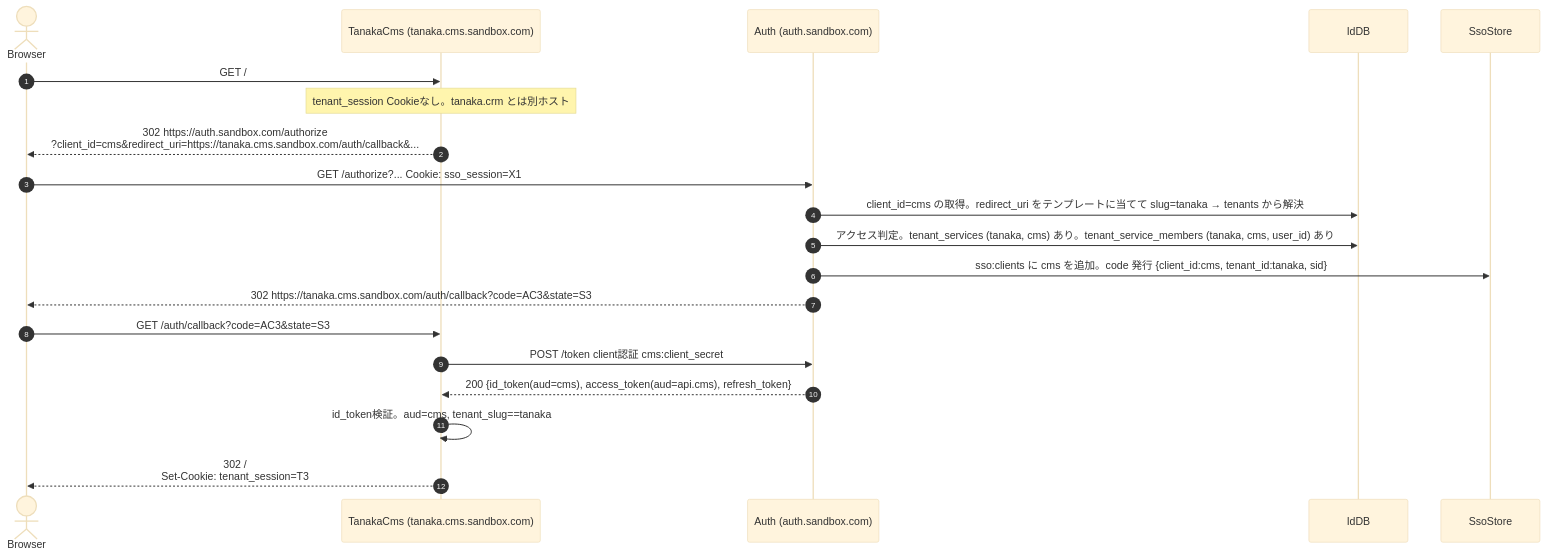
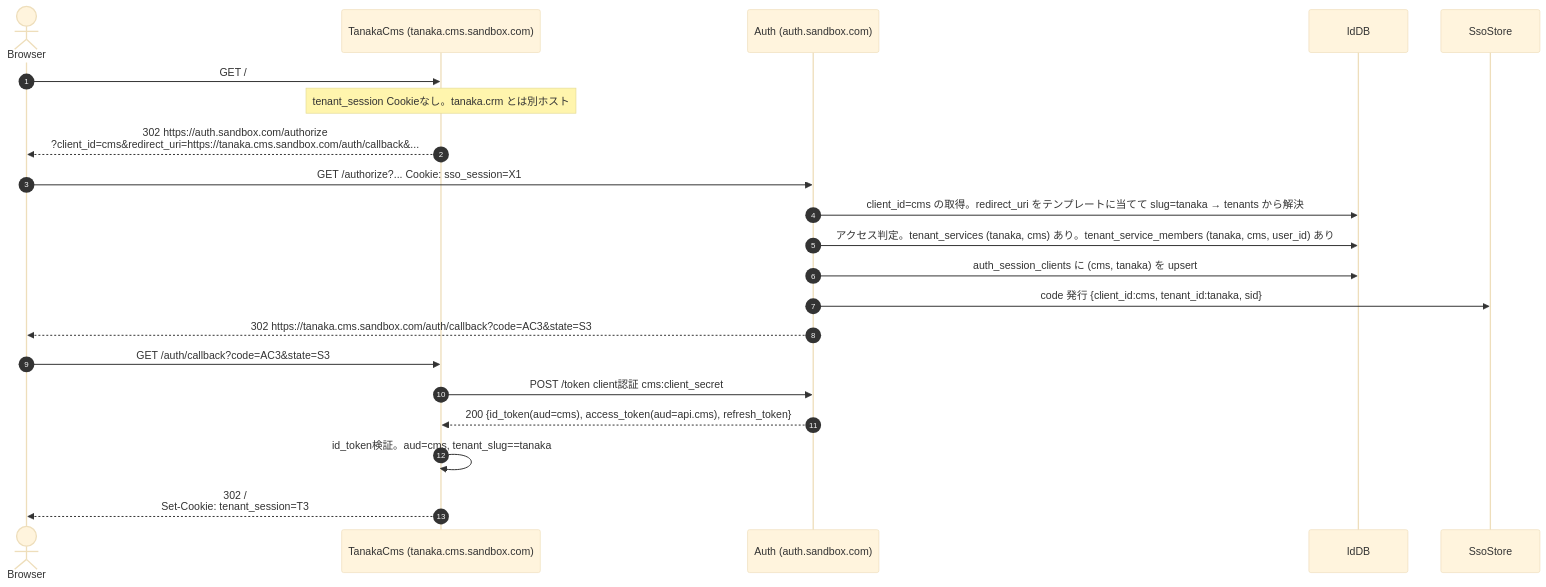
Before and after one commit to daisuke-tanabe/multi-domain-sandbox: the third of 19 diagrams in docs/design/02-auth-sequences.md, drawn with Mermaid (base theme). The commit also changed other lines of this file and 117 other files, not shown here.

````diff
--- a/docs/design/02-auth-sequences.md
+++ b/docs/design/02-auth-sequences.md
@@ -192,23 +192,24 @@
 ```mermaid
 sequenceDiagram
     autonumber
     actor Browser
     participant TanakaCms as TanakaCms (tanaka.cms.sandbox.com)
     participant Auth as Auth (auth.sandbox.com)
     participant IdDB
     participant SsoStore
 
     Browser->>TanakaCms: GET /
     Note over TanakaCms: tenant_session Cookieなし。tanaka.crm とは別ホスト
     TanakaCms-->>Browser: 302 https://auth.sandbox.com/authorize<br/>?client_id=cms&redirect_uri=https://tanaka.cms.sandbox.com/auth/callback&...
     Browser->>Auth: GET /authorize?... Cookie: sso_session=X1
     Auth->>IdDB: client_id=cms の取得。redirect_uri をテンプレートに当てて slug=tanaka → tenants から解決
     Auth->>IdDB: アクセス判定。tenant_services (tanaka, cms) あり。tenant_service_members (tanaka, cms, user_id) あり
-    Auth->>SsoStore: sso:clients に cms を追加。code 発行 {client_id:cms, tenant_id:tanaka, sid}
+    Auth->>IdDB: auth_session_clients に (cms, tanaka) を upsert
+    Auth->>SsoStore: code 発行 {client_id:cms, tenant_id:tanaka, sid}
     Auth-->>Browser: 302 https://tanaka.cms.sandbox.com/auth/callback?code=AC3&state=S3
     Browser->>TanakaCms: GET /auth/callback?code=AC3&state=S3
     TanakaCms->>Auth: POST /token client認証 cms:client_secret
     Auth-->>TanakaCms: 200 {id_token(aud=cms), access_token(aud=api.cms), refresh_token}
     TanakaCms->>TanakaCms: id_token検証。aud=cms, tenant_slug==tanaka
     TanakaCms-->>Browser: 302 /<br/>Set-Cookie: tenant_session=T3
 ```
````
